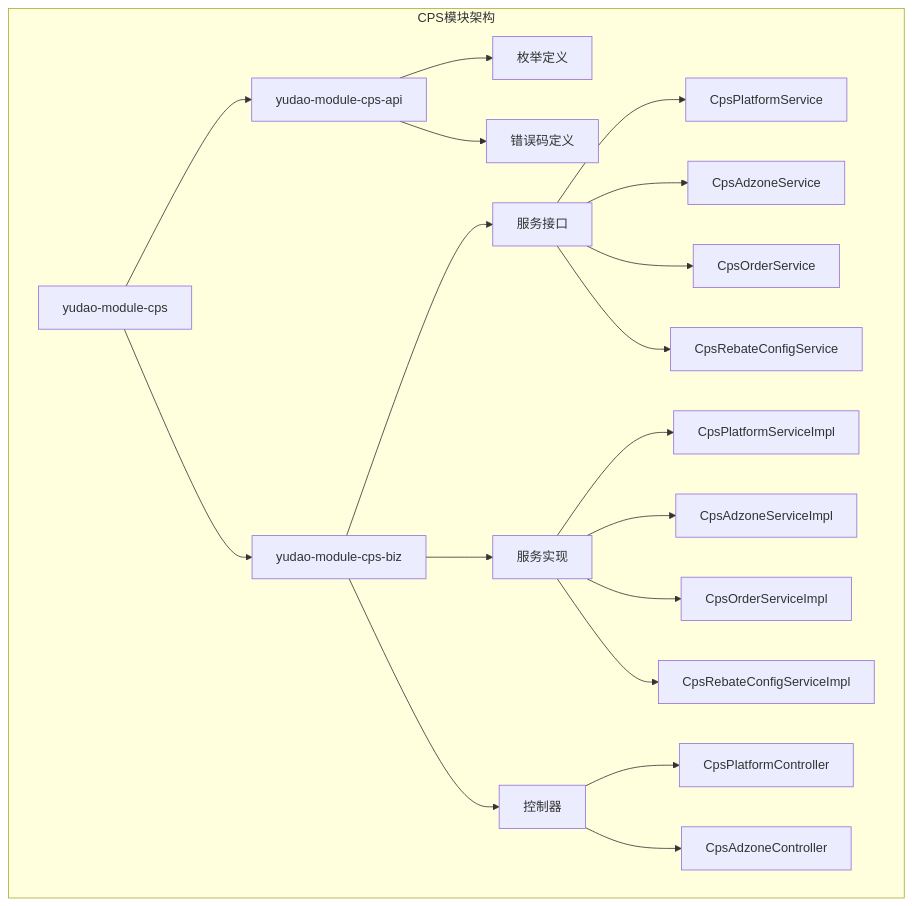
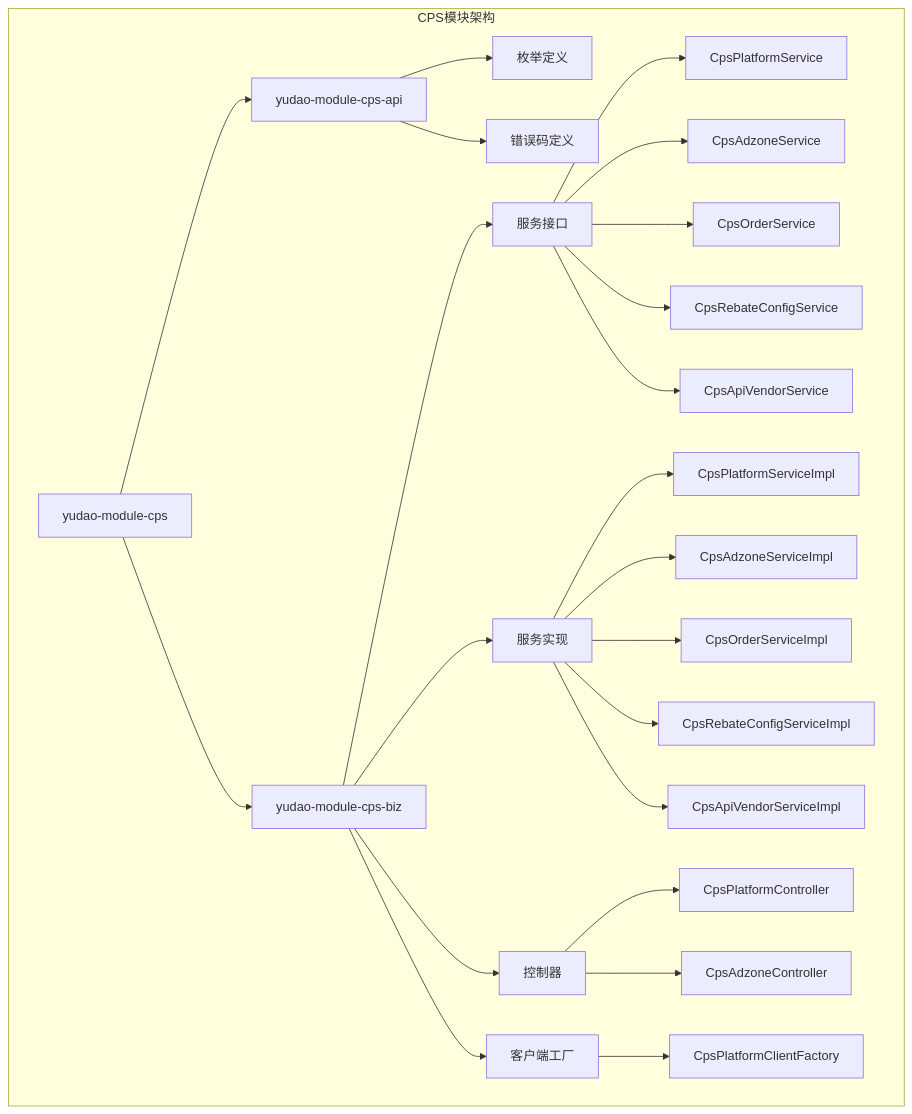
The first of 15 diagrams in .qoder/repowiki/zh/content/后端服务架构/业务模块概览/CPS业务模块/CPS平台配置管理模块.md (zhuangpengLI/AgenticCPS), drawn with Mermaid before and after one commit. The commit also changed other lines of this file and 9 other files, not shown here.

````diff
--- a/.qoder/repowiki/zh/content/后端服务架构/业务模块概览/CPS业务模块/CPS平台配置管理模块.md
+++ b/.qoder/repowiki/zh/content/后端服务架构/业务模块概览/CPS业务模块/CPS平台配置管理模块.md
@@ -53,22 +72,26 @@
 ```mermaid
 graph TB
 subgraph "CPS模块架构"
 A[yudao-module-cps] --> B[yudao-module-cps-api]
 A --> C[yudao-module-cps-biz]
 B --> D[枚举定义]
 B --> E[错误码定义]
 C --> F[服务接口]
 C --> G[服务实现]
 C --> H[控制器]
-F --> I[CpsPlatformService]
-F --> J[CpsAdzoneService]
-F --> K[CpsOrderService]
-F --> L[CpsRebateConfigService]
-G --> M[CpsPlatformServiceImpl]
-G --> N[CpsAdzoneServiceImpl]
-G --> O[CpsOrderServiceImpl]
-G --> P[CpsRebateConfigServiceImpl]
-H --> Q[CpsPlatformController]
-H --> R[CpsAdzoneController]
+C --> I[客户端工厂]
+F --> J[CpsPlatformService]
+F --> K[CpsAdzoneService]
+F --> L[CpsOrderService]
+F --> M[CpsRebateConfigService]
+F --> N[CpsApiVendorService]
+G --> O[CpsPlatformServiceImpl]
+G --> P[CpsAdzoneServiceImpl]
+G --> Q[CpsOrderServiceImpl]
+G --> R[CpsRebateConfigServiceImpl]
+G --> S[CpsApiVendorServiceImpl]
+H --> T[CpsPlatformController]
+H --> U[CpsAdzoneController]
+I --> V[CpsPlatformClientFactory]
 end
 ```
````
